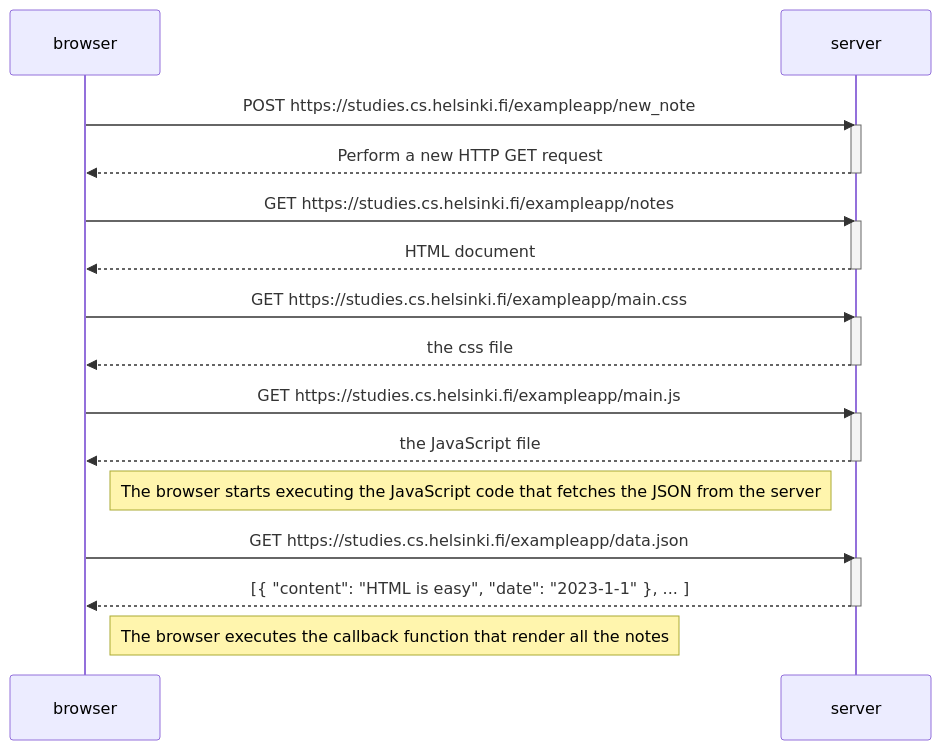
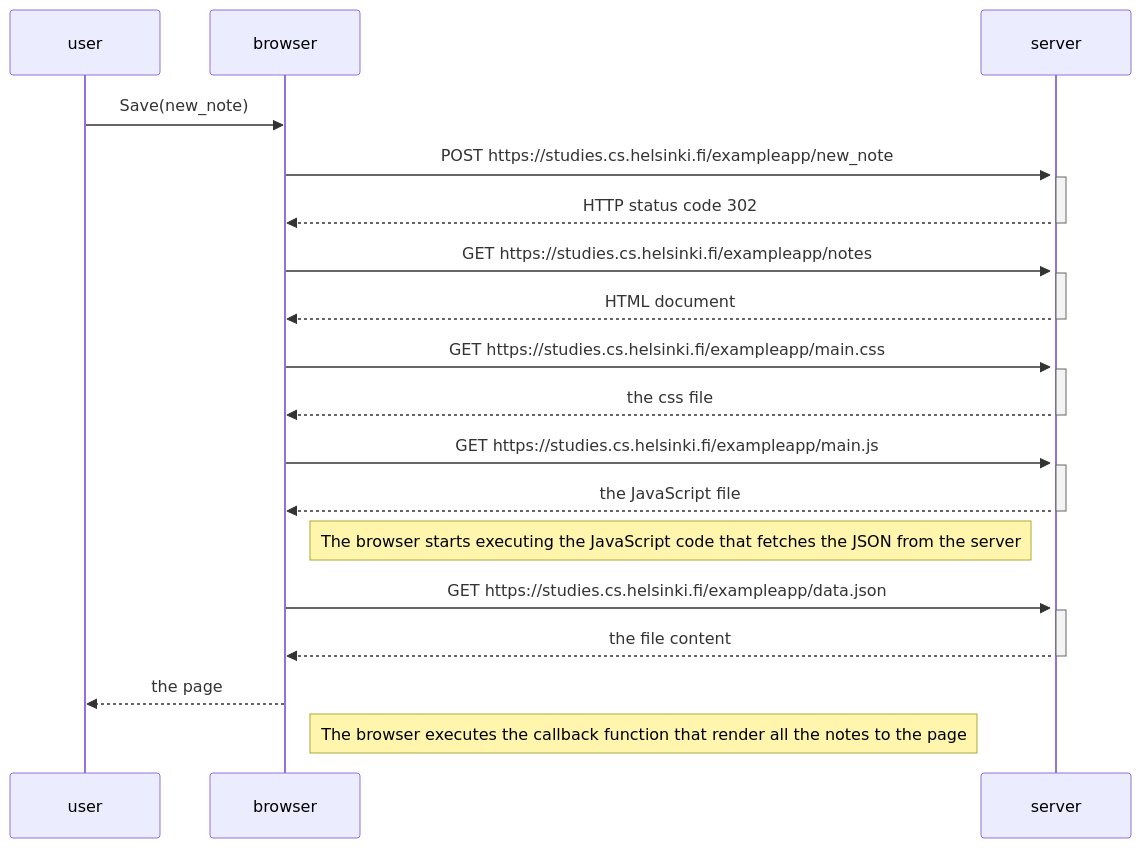
One commit to sania587/Sequence_Diagrams_Part_0 changed the diagram in README.md. Above: the diagram before and after it, drawn with Mermaid.

````diff
--- a/README.md
+++ b/README.md
@@ -3,35 +3,40 @@
 ```mermaid
 sequenceDiagram
+    participant user
     participant browser
     participant server
 
+    user->>browser: Save(new_note)
+    activate server
 
     browser->>server: POST https://studies.cs.helsinki.fi/exampleapp/new_note 
     activate server
-    server-->>browser: Perform a new HTTP GET request
+    server-->>browser: HTTP status code 302
     deactivate server
 
     browser->>server: GET https://studies.cs.helsinki.fi/exampleapp/notes
     activate server
     server-->>browser: HTML document
     deactivate server
 
     browser->>server: GET https://studies.cs.helsinki.fi/exampleapp/main.css
     activate server
     server-->>browser: the css file
     deactivate server
 
     browser->>server: GET https://studies.cs.helsinki.fi/exampleapp/main.js
     activate server
     server-->>browser: the JavaScript file
     deactivate server
 
     Note right of browser: The browser starts executing the JavaScript code that fetches the JSON from the server
 
     browser->>server: GET https://studies.cs.helsinki.fi/exampleapp/data.json
     activate server
-    server-->>browser: [{ "content": "HTML is easy", "date": "2023-1-1" }, ... ]
+    server-->>browser: the file content
     deactivate server
 
-    Note right of browser: The browser executes the callback function that render all the notes
+    browser-->>user: the page
+
+    Note right of browser: The browser executes the callback function that render all the notes to the page
 ```
````
